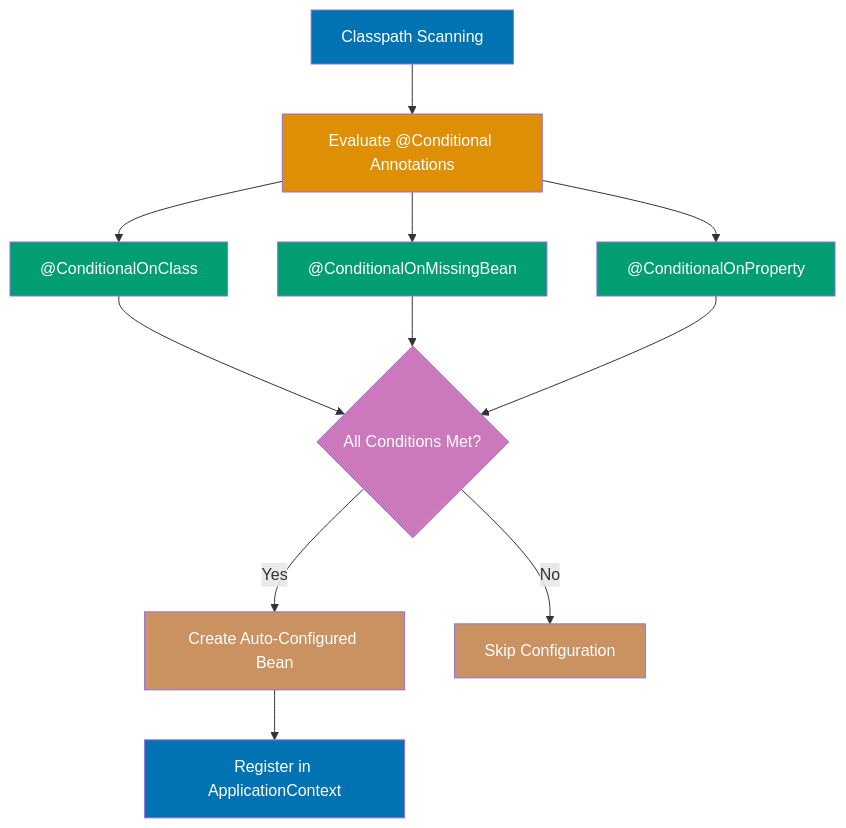
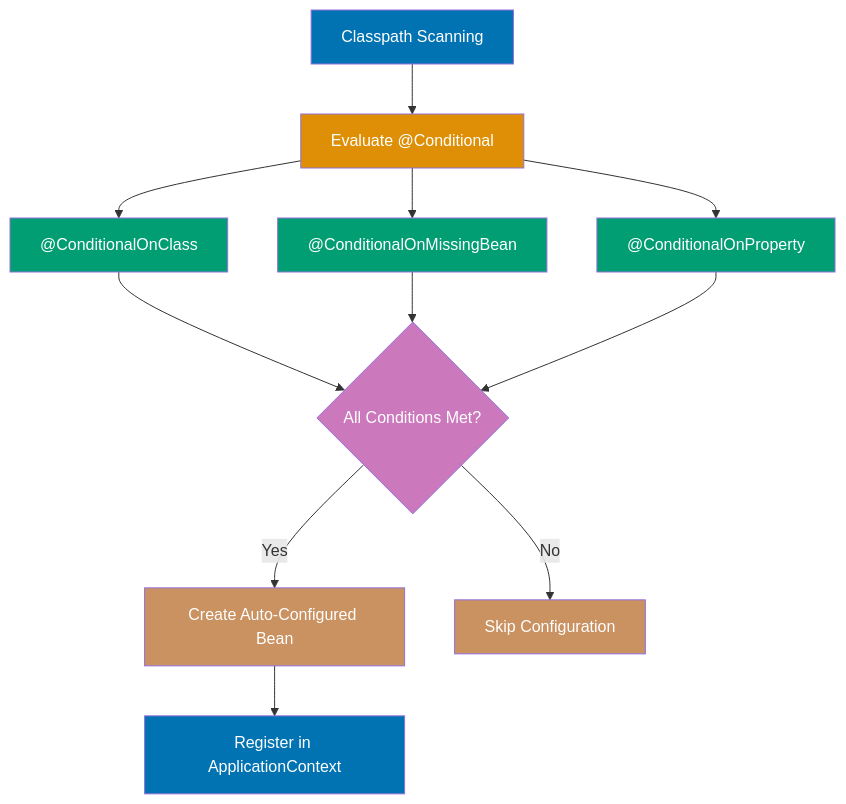
Before and after one commit to wahidyankf/open-sharia-enterprise: the second of 10 diagrams in apps/ayokoding-web/content/en/learn/software-engineering/platform-web/tools/jvm-spring-boot/by-example/beginner.md, drawn with Mermaid. The commit also changed other lines of this file and 16 other files, not shown here.

First line of the commit message:
fix(content): fix 46 pre-existing Mermaid violations in tutorial files

````diff
--- a/apps/ayokoding-web/content/en/learn/software-engineering/platform-web/tools/jvm-spring-boot/by-example/beginner.md
+++ b/apps/ayokoding-web/content/en/learn/software-engineering/platform-web/tools/jvm-spring-boot/by-example/beginner.md
@@ -123,24 +123,24 @@
 ```mermaid
 %% Color Palette: Blue #0173B2, Orange #DE8F05, Teal #029E73, Purple #CC78BC, Brown #CA9161
 graph TD
-    Classpath["Classpath Scanning"] --> Conditions["Evaluate @Conditional Annotations"]
+    Classpath["Classpath Scanning"] --> Conditions["Evaluate @Conditional"]
     Conditions --> Check1["@ConditionalOnClass"]
     Conditions --> Check2["@ConditionalOnMissingBean"]
     Conditions --> Check3["@ConditionalOnProperty"]
     Check1 --> Decide{All Conditions Met?}
     Check2 --> Decide
     Check3 --> Decide
     Decide -->|Yes| CreateBean["Create Auto-Configured Bean"]
     Decide -->|No| Skip["Skip Configuration"]
     CreateBean --> Register["Register in ApplicationContext"]
 
     style Classpath fill:#0173B2,color:#fff
     style Conditions fill:#DE8F05,color:#fff
     style Check1 fill:#029E73,color:#fff
     style Check2 fill:#029E73,color:#fff
     style Check3 fill:#029E73,color:#fff
     style Decide fill:#CC78BC,color:#fff
     style CreateBean fill:#CA9161,color:#fff
     style Skip fill:#CA9161,color:#fff
     style Register fill:#0173B2,color:#fff
 ```
````
